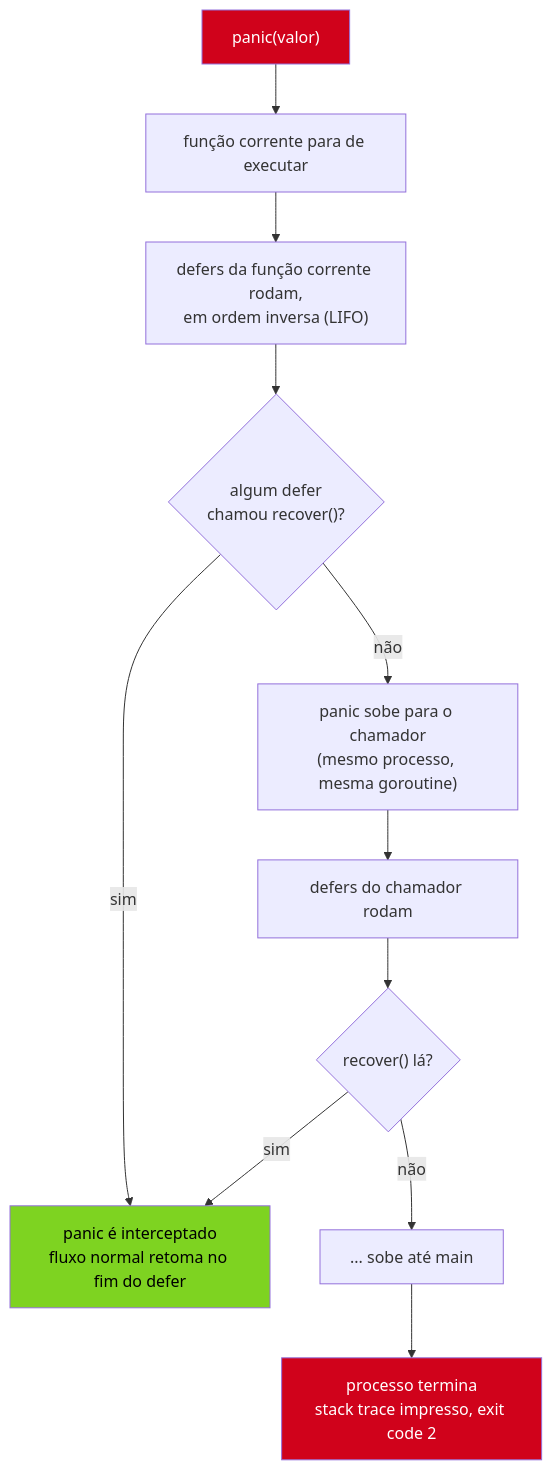
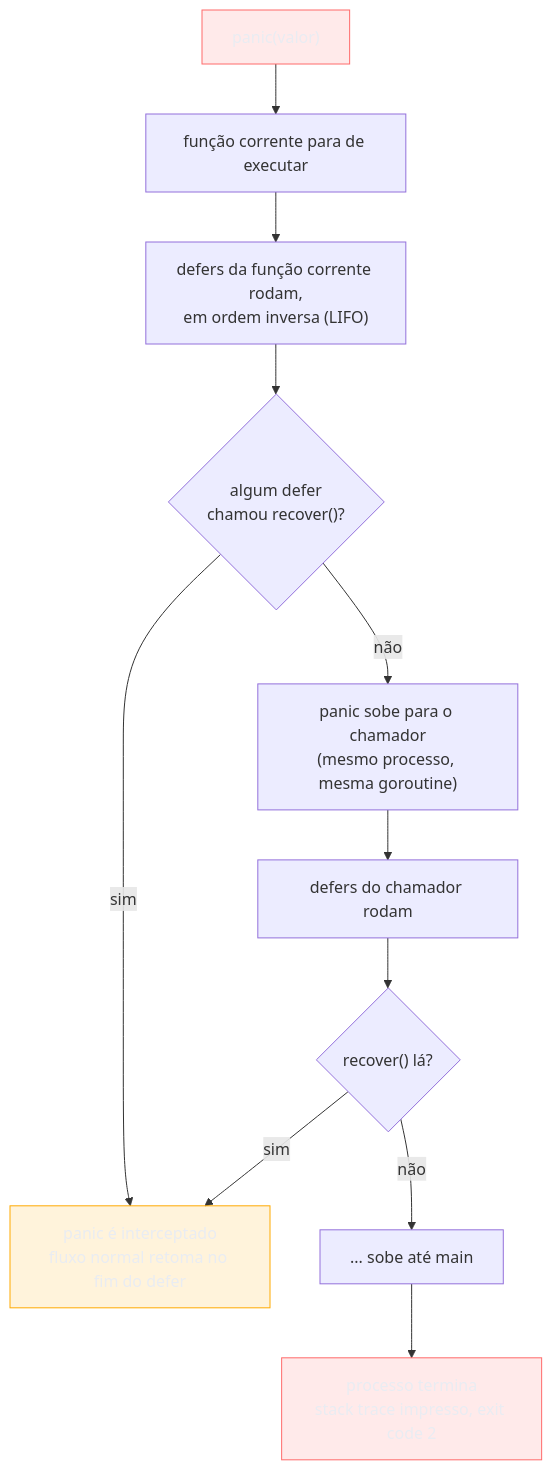
Before and after one commit to josenaldo/codex-technomanticus: the diagram in 03-Dominios/Tecnologia/Go/04 - Erros como valor/05 - panic e recover.md, drawn with Mermaid. The commit also changed 1181 other files, not shown here.

First line of the commit message:
fix(diagramas): paleta do sistema no lugar de cor cravada no markdown

````diff
--- a/03-Dominios/Tecnologia/Go/04 - Erros como valor/05 - panic e recover.md
+++ b/03-Dominios/Tecnologia/Go/04 - Erros como valor/05 - panic e recover.md
@@ -38,17 +38,19 @@
 ```mermaid
 flowchart TD
+    classDef falha fill:#FF6B6B24,stroke:#FF6B6B,color:#E9ECF2
+    classDef destaque fill:#FFAA0024,stroke:#FFAA00,color:#E9ECF2
     A["panic(valor)"] --> B["função corrente para de executar"]
     B --> C["defers da função corrente rodam,\nem ordem inversa (LIFO)"]
     C --> D{"algum defer\nchamou recover()?"}
     D -->|"sim"| E["panic é interceptado\nfluxo normal retoma no fim do defer"]
     D -->|"não"| F["panic sobe para o chamador\n(mesmo processo, mesma goroutine)"]
     F --> G["defers do chamador rodam"]
     G --> H{"recover() lá?"}
     H -->|"sim"| E
     H -->|"não"| I["... sobe até main"]
     I --> J["processo termina\nstack trace impresso, exit code 2"]
 
-    style A fill:#D0021B,color:#fff
-    style E fill:#7ED321,color:#000
-    style J fill:#D0021B,color:#fff
+    class A falha
+    class E destaque
+    class J falha
 ```
````
